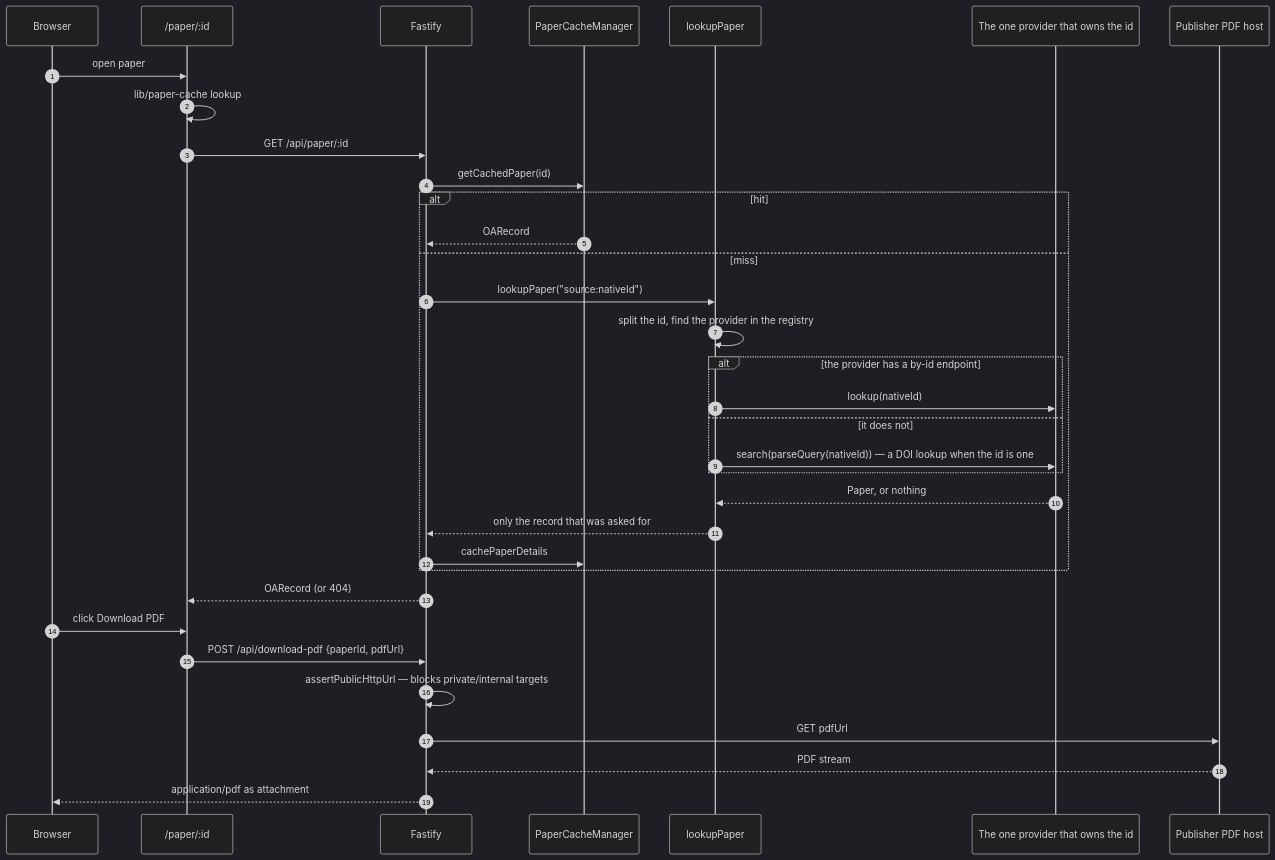
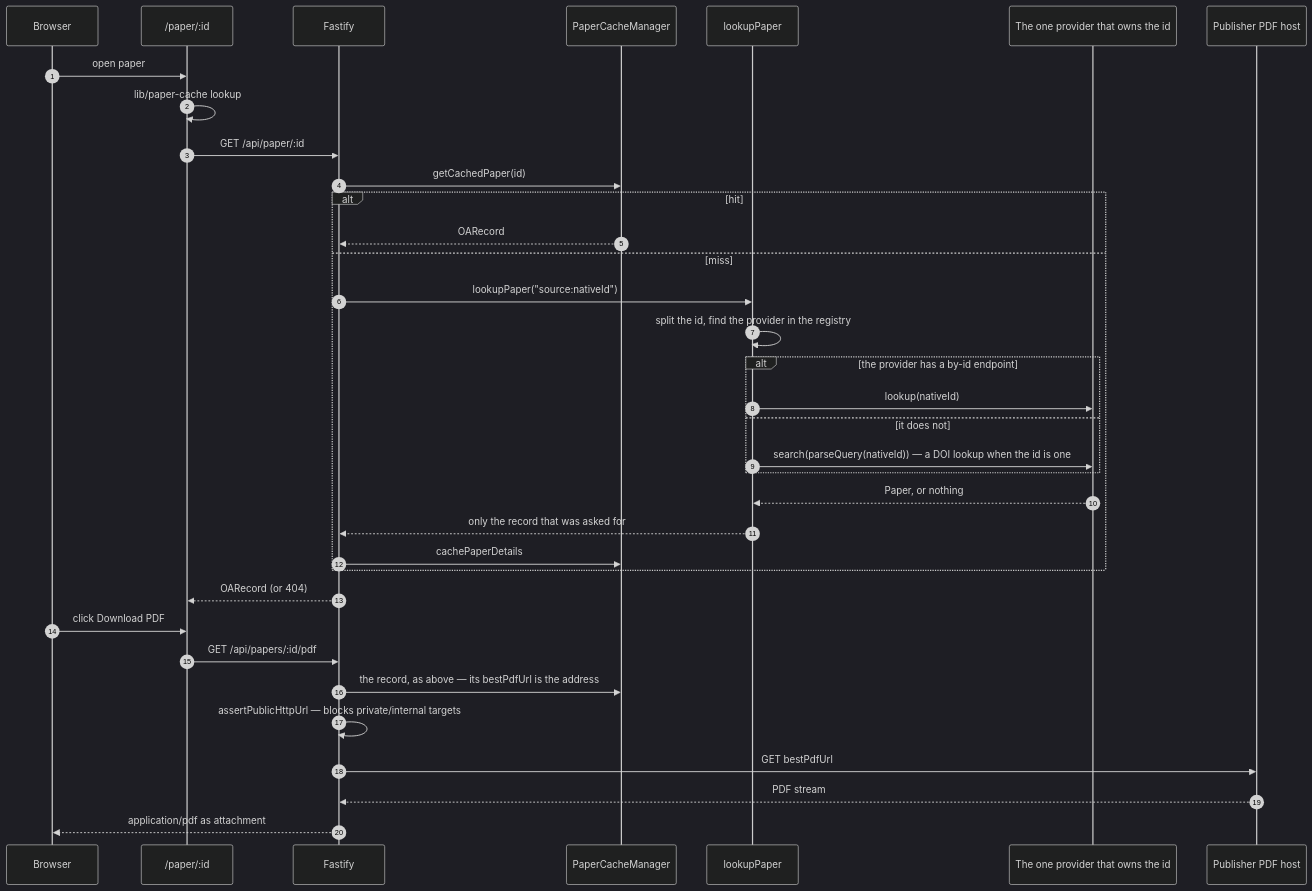
One commit to matiasrodlo/sci-open changed the third of 4 diagrams in docs/architecture-diagram.md. Above: the diagram before and after it, drawn with Mermaid (dark theme). The commit also changed other lines of this file and 11 other files, not shown here.

````diff
--- a/docs/architecture-diagram.md
+++ b/docs/architecture-diagram.md
@@ -276,38 +276,39 @@
 ```mermaid
 sequenceDiagram
     autonumber
     participant U as Browser
     participant P as /paper/:id
     participant F as Fastify
     participant PC as PaperCacheManager
     participant L as lookupPaper
     participant PR as The one provider that owns the id
     participant H as Publisher PDF host
 
     U->>P: open paper
     P->>P: lib/paper-cache lookup
     P->>F: GET /api/paper/:id
     F->>PC: getCachedPaper(id)
     alt hit
         PC-->>F: OARecord
     else miss
         F->>L: lookupPaper("source:nativeId")
         L->>L: split the id, find the provider in the registry
         alt the provider has a by-id endpoint
             L->>PR: lookup(nativeId)
         else it does not
             L->>PR: search(parseQuery(nativeId)) — a DOI lookup when the id is one
         end
         PR-->>L: Paper, or nothing
         L-->>F: only the record that was asked for
         F->>PC: cachePaperDetails
     end
     F-->>P: OARecord (or 404)
 
     U->>P: click Download PDF
-    P->>F: POST /api/download-pdf {paperId, pdfUrl}
+    P->>F: GET /api/papers/:id/pdf
+    F->>PC: the record, as above — its bestPdfUrl is the address
     F->>F: assertPublicHttpUrl — blocks private/internal targets
-    F->>H: GET pdfUrl
+    F->>H: GET bestPdfUrl
     H-->>F: PDF stream
     F-->>U: application/pdf as attachment
 ```
````
